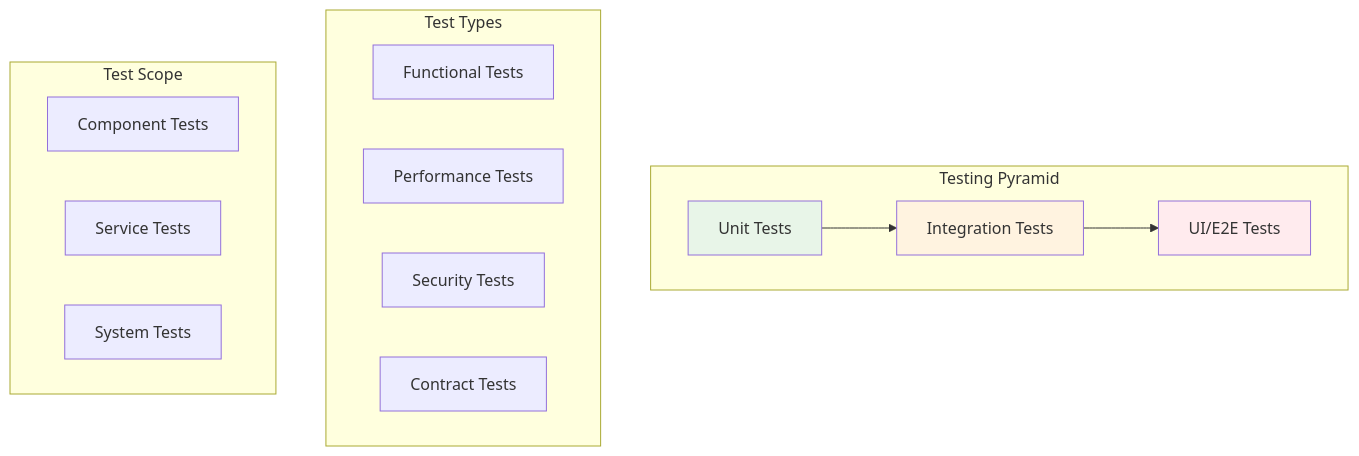
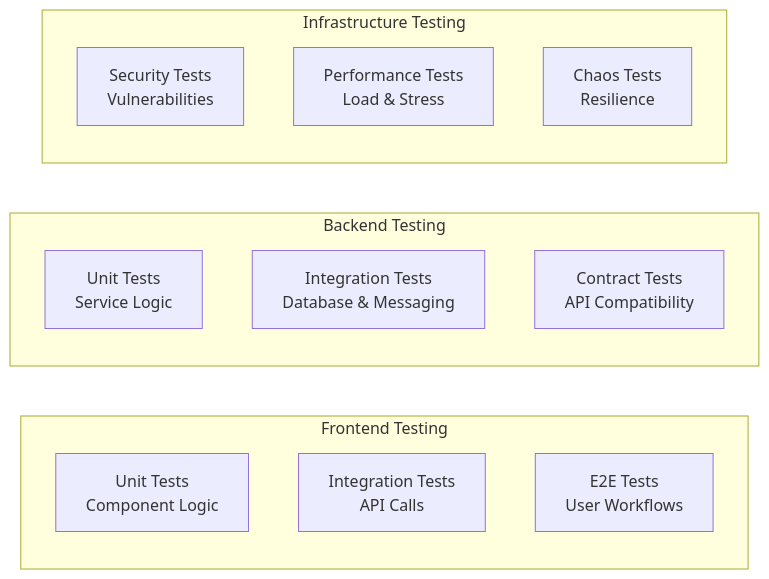
The second of 2 diagrams in docs/development/testing/README.md (Praesto-Pro/openframe-oss-tenant), drawn with Mermaid before and after one commit. The commit also changed other lines of this file and 344 other files, not shown here.

````diff
--- a/docs/development/testing/README.md
+++ b/docs/development/testing/README.md
@@ -9,28 +26,20 @@
 ```mermaid
-flowchart TD
-    subgraph "Testing Pyramid"
-        UI[UI/E2E Tests]
-        Integration[Integration Tests]
-        Unit[Unit Tests]
+flowchart LR
+    subgraph "Frontend Testing"
+        UnitUI[Unit Tests<br/>Component Logic]
+        IntegrationUI[Integration Tests<br/>API Calls]
+        E2EUI[E2E Tests<br/>User Workflows]
     end
     
-    Unit --> Integration
-    Integration --> UI
-    
-    subgraph "Test Types"
-        Functional[Functional Tests]
-        Performance[Performance Tests]
-        Security[Security Tests]
-        Contract[Contract Tests]
+    subgraph "Backend Testing"
+        UnitBE[Unit Tests<br/>Service Logic]
+        IntegrationBE[Integration Tests<br/>Database & Messaging]
+        ContractBE[Contract Tests<br/>API Compatibility]
     end
     
-    subgraph "Test Scope"
-        Component[Component Tests]
-        Service[Service Tests]
-        System[System Tests]
+    subgraph "Infrastructure Testing"
+        SecurityTests[Security Tests<br/>Vulnerabilities]
+        PerformanceTests[Performance Tests<br/>Load & Stress]
+        ChaosTests[Chaos Tests<br/>Resilience]
     end
-    
-    style Unit fill:#e8f5e8
-    style Integration fill:#fff3e0
-    style UI fill:#ffebee
 ```
````
